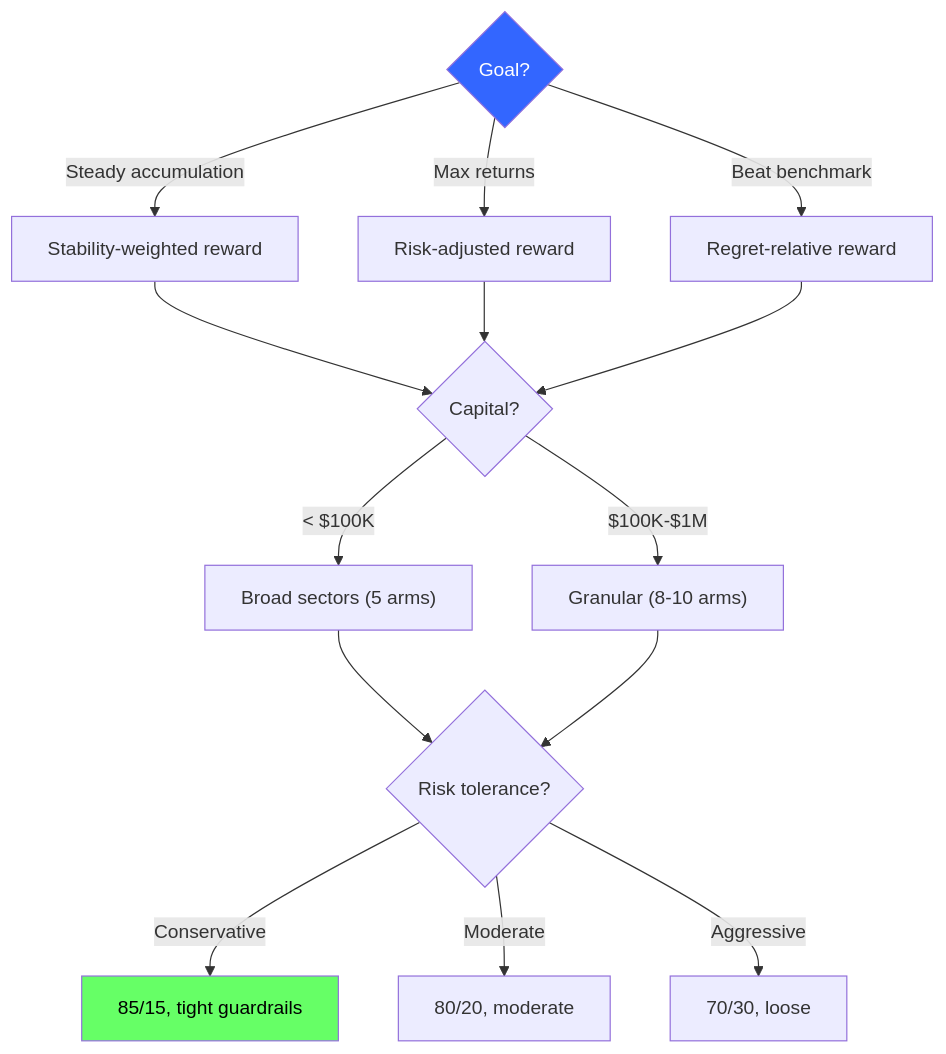
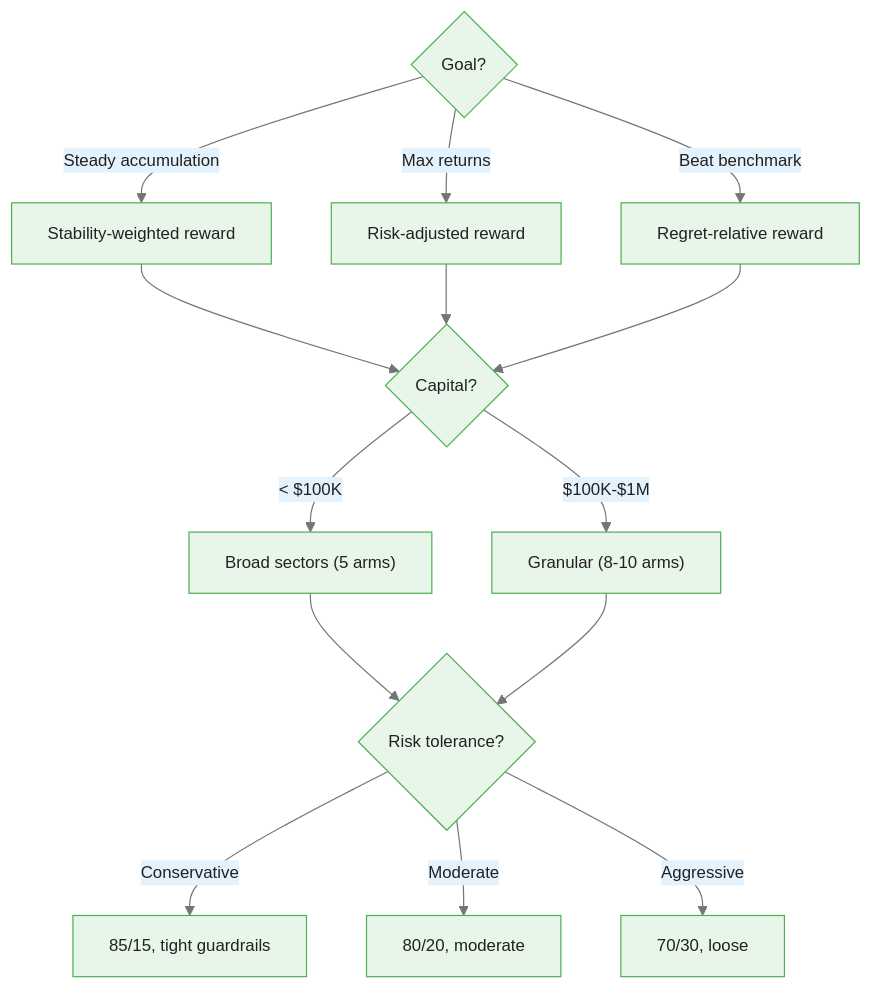
One commit to m-deane/course-creator changed the third of 4 diagrams in courses/multi-armed-bandits-ab-testing/modules/module_05_commodity_trading_bandits/guides/cheatsheet_slides.md. Above: the diagram before and after it, drawn with Mermaid. The commit also changed other lines of this file and 146 other files, not shown here.

````diff
--- a/courses/multi-armed-bandits-ab-testing/modules/module_05_commodity_trading_bandits/guides/cheatsheet_slides.md
+++ b/courses/multi-armed-bandits-ab-testing/modules/module_05_commodity_trading_bandits/guides/cheatsheet_slides.md
@@ -155,18 +194,16 @@
 ```mermaid
+%%{init: {"theme": "base", "themeVariables": {"primaryColor": "#e8f5e9", "primaryBorderColor": "#4caf50", "primaryTextColor": "#212121", "secondaryColor": "#e3f2fd", "tertiaryColor": "#fff8e1", "lineColor": "#757575", "fontFamily": "Inter, sans-serif", "fontSize": "14px"}}}%%
 flowchart TD
     Q1{"Goal?"} -->|Steady accumulation| R1["Stability-weighted reward"]
     Q1 -->|Max returns| R2["Risk-adjusted reward"]
     Q1 -->|Beat benchmark| R3["Regret-relative reward"]
 
     R1 & R2 & R3 --> Q2{"Capital?"}
     Q2 -->|"< $100K"| A1["Broad sectors (5 arms)"]
     Q2 -->|"$100K-$1M"| A2["Granular (8-10 arms)"]
 
     A1 & A2 --> Q3{"Risk tolerance?"}
     Q3 -->|Conservative| G1["85/15, tight guardrails"]
     Q3 -->|Moderate| G2["80/20, moderate"]
     Q3 -->|Aggressive| G3["70/30, loose"]
-
-    style Q1 fill:#36f,color:#fff
-    style G1 fill:#6f6,color:#000
 ```
````
